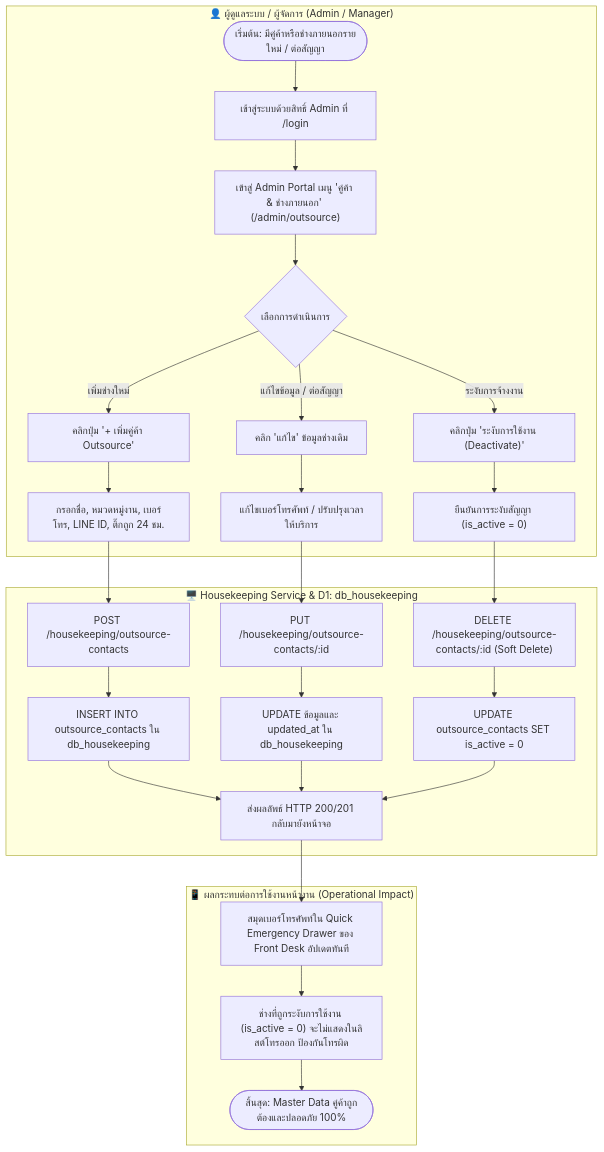
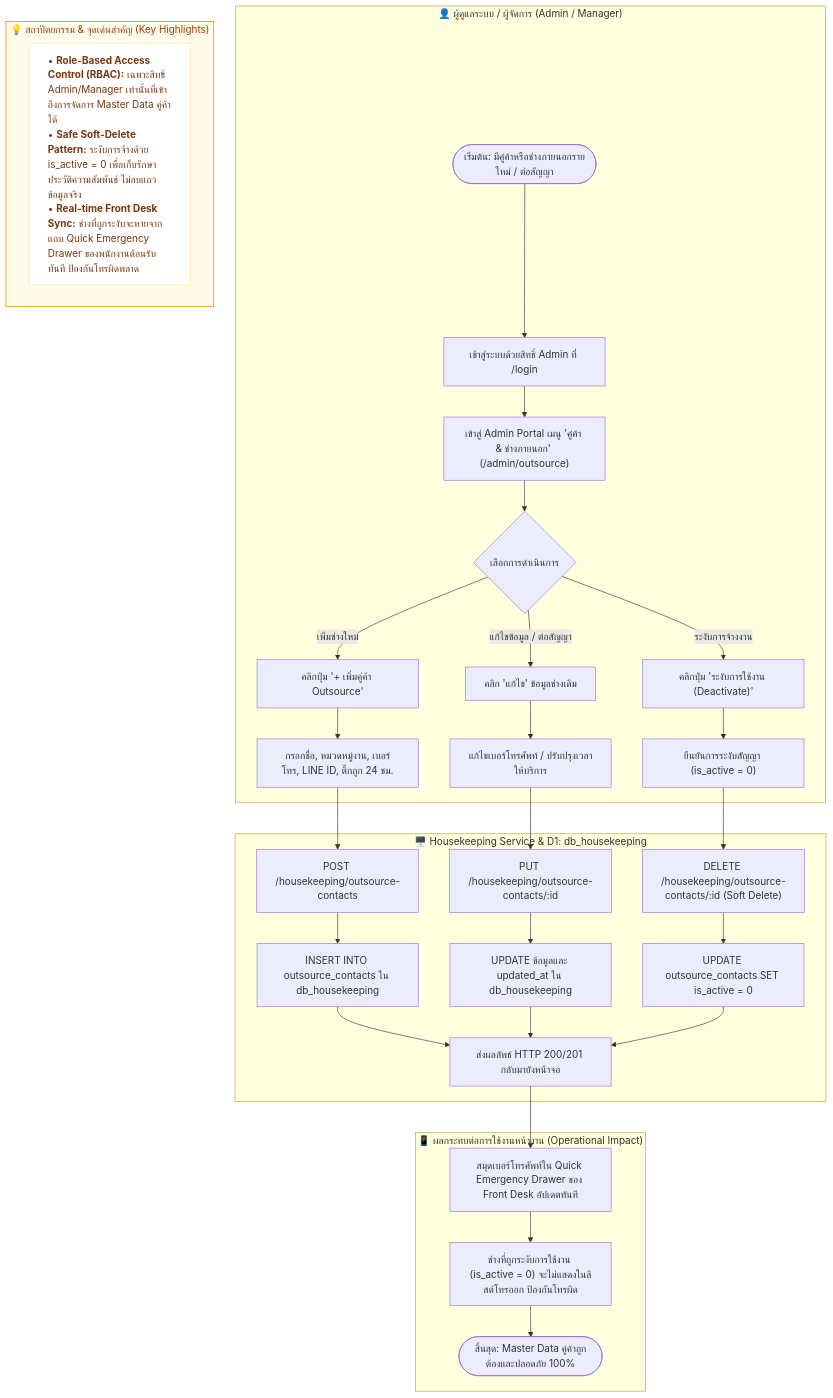
Before and after one commit to csi204/keystay: the fifth of 22 diagrams in README.md, drawn with Mermaid. The commit also changed other lines of this file and 3 other files, not shown here.

Commit message:
docs: embed key highlights inside diagrams and complete AC2 closed-loop room turnover

````diff
--- a/README.md
+++ b/README.md
@@ -488,30 +529,36 @@
 ```mermaid
 flowchart TD
     subgraph ADMIN [" 👤 ผู้ดูแลระบบ / ผู้จัดการ (Admin / Manager) "]
         A4(["เริ่มต้น: มีคู่ค้าหรือช่างภายนอกรายใหม่ / ต่อสัญญา"]) --> B4["เข้าสู่ระบบด้วยสิทธิ์ Admin ที่ /login"]
         B4 --> C4["เข้าสู่ Admin Portal เมนู 'คู่ค้า & ช่างภายนอก' (/admin/outsource)"]
         C4 --> D4{"เลือกการดำเนินการ"}
         D4 -->|เพิ่มช่างใหม่| E4["คลิกปุ่ม '+ เพิ่มคู่ค้า Outsource'"]
         D4 -->|แก้ไขข้อมูล / ต่อสัญญา| F4["คลิก 'แก้ไข' ข้อมูลช่างเดิม"]
         D4 -->|ระงับการจ้างงาน| G4["คลิกปุ่ม 'ระงับการใช้งาน (Deactivate)'"]
         E4 --> H4["กรอกชื่อ, หมวดหมู่งาน, เบอร์โทร, LINE ID, ติ๊กถูก 24 ชม."]
         F4 --> I4["แก้ไขเบอร์โทรศัพท์ / ปรับปรุงเวลาให้บริการ"]
         G4 --> J4["ยืนยันการระงับสัญญา (is_active = 0)"]
     end
 
     subgraph BACKEND [" 🖥️ Housekeeping Service & D1: db_housekeeping "]
         H4 --> K4["POST /housekeeping/outsource-contacts"]
         I4 --> L4["PUT /housekeeping/outsource-contacts/:id"]
         J4 --> M4["DELETE /housekeeping/outsource-contacts/:id (Soft Delete)"]
         K4 --> N4["INSERT INTO outsource_contacts ใน db_housekeeping"]
         L4 --> O4["UPDATE ข้อมูลและ updated_at ใน db_housekeeping"]
         M4 --> P4["UPDATE outsource_contacts SET is_active = 0"]
         N4 & O4 & P4 --> Q4["ส่งผลลัพธ์ HTTP 200/201 กลับมายังหน้าจอ"]
     end
 
     subgraph FRONT_DESK_EFFECT [" 📱 ผลกระทบต่อการใช้งานหน้างาน (Operational Impact) "]
         Q4 --> R4["สมุดเบอร์โทรศัพท์ใน Quick Emergency Drawer ของ Front Desk อัปเดตทันที"]
         R4 --> S4["ช่างที่ถูกระงับการใช้งาน (is_active = 0) จะไม่แสดงในลิสต์โทรออก ป้องกันโทรผิด"]
         S4 --> T4(["สิ้นสุด: Master Data คู่ค้าถูกต้องและปลอดภัย 100%"])
     end
+
+    subgraph HIGHLIGHTS4 [" 💡 สถาปัตยกรรม & จุดเด่นสำคัญ (Key Highlights) "]
+        H4_BOX["• <b>Role-Based Access Control (RBAC):</b> เฉพาะสิทธิ์ Admin/Manager เท่านั้นที่เข้าถึงการจัดการ Master Data คู่ค้าได้<br/>• <b>Safe Soft-Delete Pattern:</b> ระงับการจ้างด้วย is_active = 0 เพื่อเก็บรักษาประวัติความสัมพันธ์ ไม่ลบแถวข้อมูลจริง<br/>• <b>Real-time Front Desk Sync:</b> ช่างที่ถูกระงับจะหายจากแถบ Quick Emergency Drawer ของพนักงานต้อนรับทันที ป้องกันโทรผิดพลาด"]
+    end
+    style HIGHLIGHTS4 fill:#fffbeb,stroke:#f59e0b,stroke-width:1.5px,color:#92400e
+    style H4_BOX fill:#ffffff,stroke:#fde68a,color:#78350f,text-align:left
 ```
````
